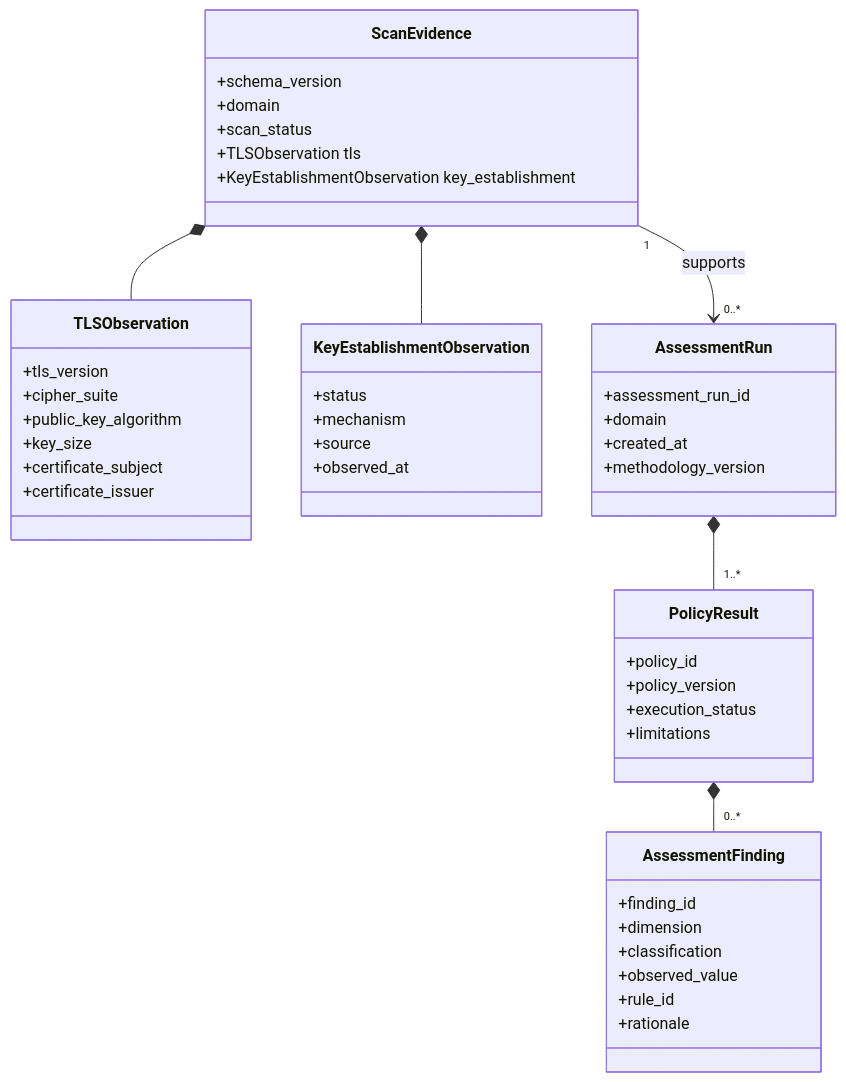
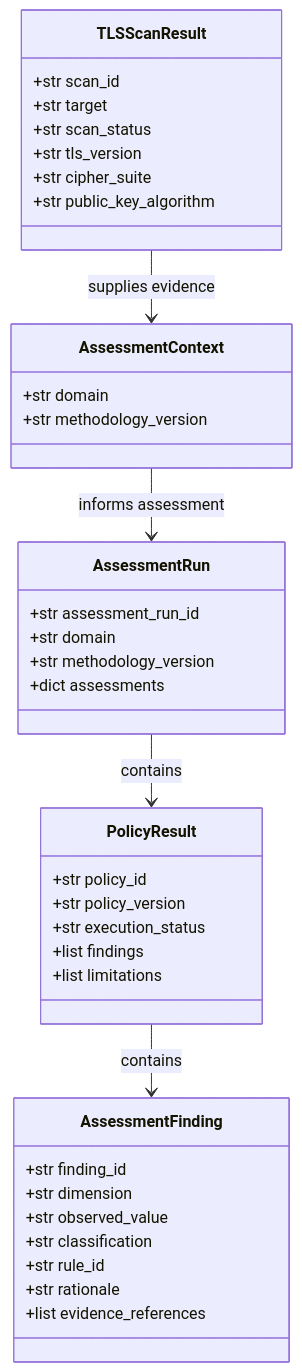
The diagram in docs/data-model.md (git-loa/cryptographic-inventory-pqc-risk-assessment), drawn with Mermaid before and after one commit. The commit also changed other lines of this file and 3 other files, not shown here.

Commit message:
docs: update project architecture and methodology

````diff
--- a/docs/data-model.md
+++ b/docs/data-model.md
@@ -13,55 +14,46 @@
 ```mermaid
 classDiagram
-    class ScanEvidence {
-        +schema_version
-        +domain
-        +scan_status
-        +TLSObservation tls
-        +KeyEstablishmentObservation key_establishment
+    class TLSScanResult {
+        +str scan_id
+        +str target
+        +str scan_status
+        +str tls_version
+        +str cipher_suite
+        +str public_key_algorithm
     }
 
-    class TLSObservation {
-        +tls_version
-        +cipher_suite
-        +public_key_algorithm
-        +key_size
-        +certificate_subject
-        +certificate_issuer
-    }
-
-    class KeyEstablishmentObservation {
-        +status
-        +mechanism
-        +source
-        +observed_at
+    class AssessmentContext {
+        +str domain
+        +str methodology_version
     }
 
     class AssessmentRun {
-        +assessment_run_id
-        +domain
-        +created_at
-        +methodology_version
+        +str assessment_run_id
+        +str domain
+        +str methodology_version
+        +dict assessments
     }
 
     class PolicyResult {
-        +policy_id
-        +policy_version
-        +execution_status
-        +limitations
+        +str policy_id
+        +str policy_version
+        +str execution_status
+        +list findings
+        +list limitations
     }
 
     class AssessmentFinding {
-        +finding_id
-        +dimension
-        +classification
-        +observed_value
-        +rule_id
-        +rationale
+        +str finding_id
+        +str dimension
+        +str observed_value
+        +str classification
+        +str rule_id
+        +str rationale
+        +list evidence_references
     }
 
-    ScanEvidence *-- TLSObservation
-    ScanEvidence *-- KeyEstablishmentObservation
-    ScanEvidence "1" --> "0..*" AssessmentRun : supports
-    AssessmentRun *-- "1..*" PolicyResult
-    PolicyResult *-- "0..*" AssessmentFinding
+    TLSScanResult --> AssessmentContext : supplies evidence
+    AssessmentContext --> AssessmentRun : informs assessment
+    AssessmentRun --> PolicyResult : contains
+    PolicyResult --> AssessmentFinding : contains
 ```
````
